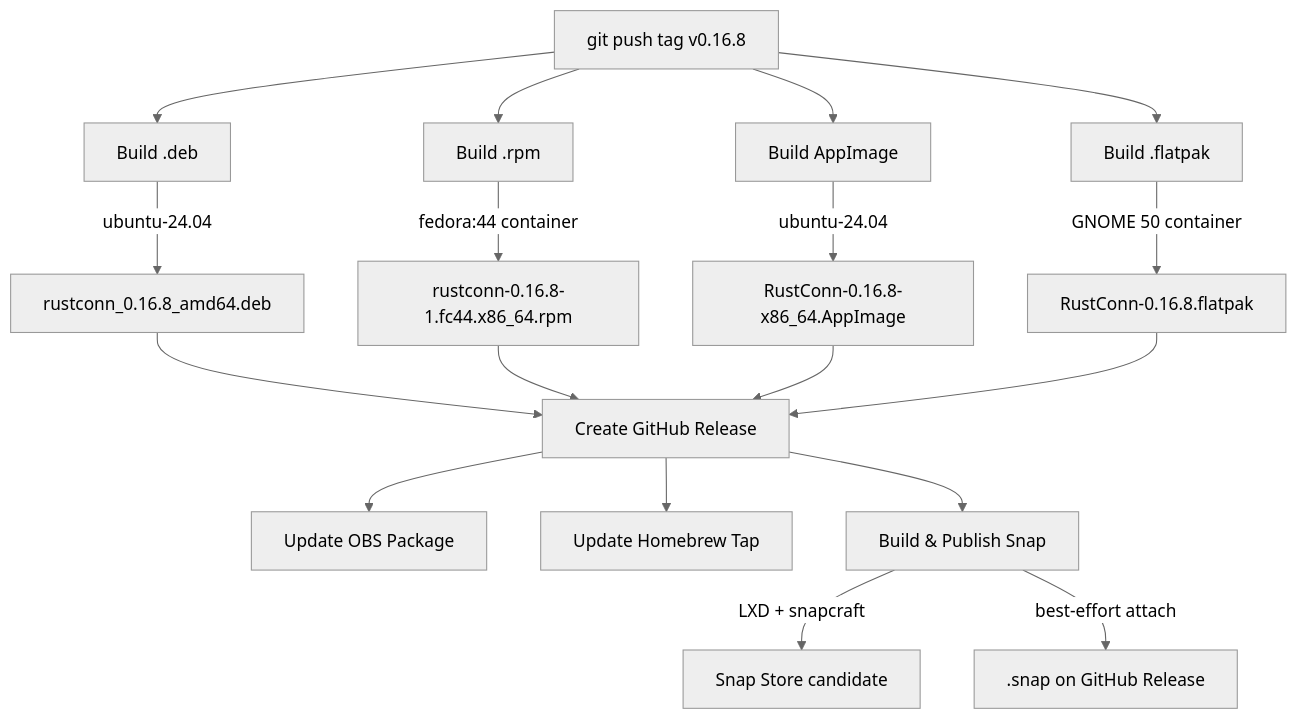
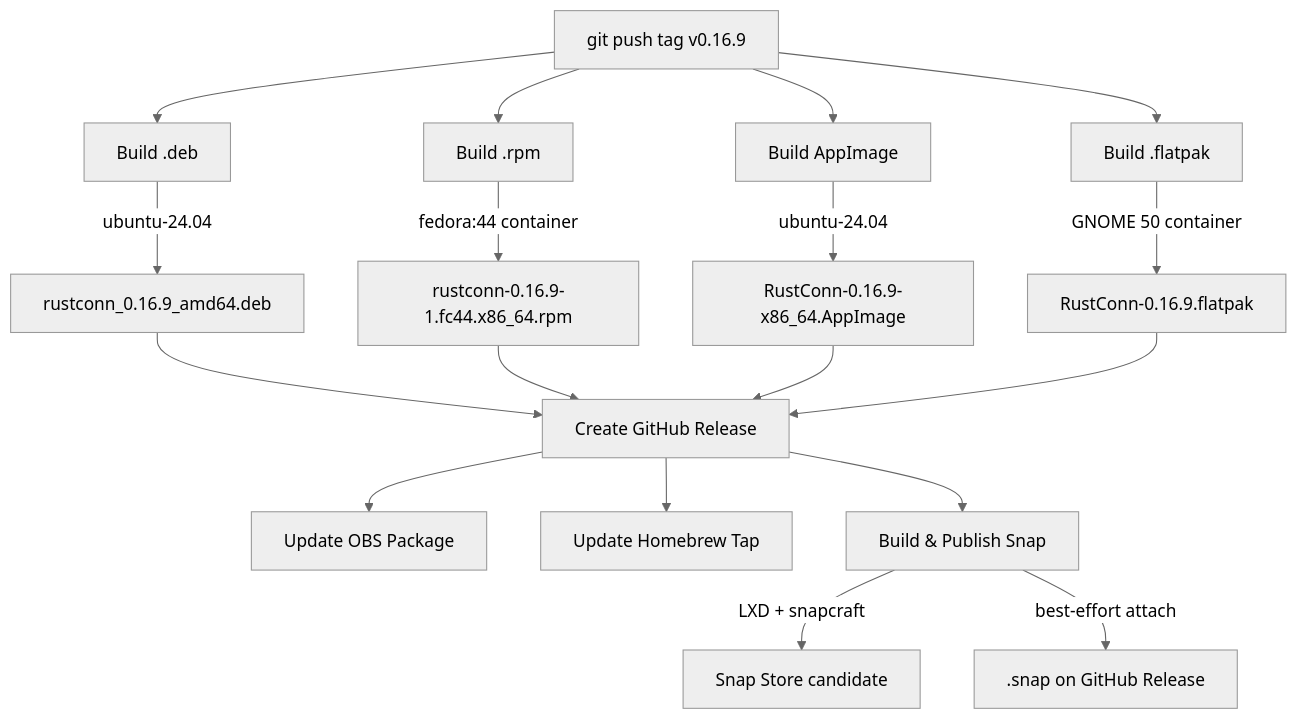
Before and after one commit to dwetscher/RustConn: the third of 6 diagrams in docs/CI_BUILD_FLOW.md, drawn with Mermaid (neutral theme). The commit also changed other lines of this file and 33 other files, not shown here.

````diff
--- a/docs/CI_BUILD_FLOW.md
+++ b/docs/CI_BUILD_FLOW.md
@@ -67,23 +67,23 @@
 ```mermaid
 graph TD
-    Tag[git push tag v0.16.8] --> BuildDeb[Build .deb]
+    Tag[git push tag v0.16.9] --> BuildDeb[Build .deb]
     Tag --> BuildRPM[Build .rpm]
     Tag --> BuildAppImage[Build AppImage]
     Tag --> BuildFlatpak[Build .flatpak]
 
-    BuildDeb --> |ubuntu-24.04| DebArtifact[rustconn_0.16.8_amd64.deb]
-    BuildRPM --> |fedora:44 container| RPMArtifact[rustconn-0.16.8-1.fc44.x86_64.rpm]
-    BuildAppImage --> |ubuntu-24.04| AppImageArtifact[RustConn-0.16.8-x86_64.AppImage]
-    BuildFlatpak --> |GNOME 50 container| FlatpakArtifact[RustConn-0.16.8.flatpak]
+    BuildDeb --> |ubuntu-24.04| DebArtifact[rustconn_0.16.9_amd64.deb]
+    BuildRPM --> |fedora:44 container| RPMArtifact[rustconn-0.16.9-1.fc44.x86_64.rpm]
+    BuildAppImage --> |ubuntu-24.04| AppImageArtifact[RustConn-0.16.9-x86_64.AppImage]
+    BuildFlatpak --> |GNOME 50 container| FlatpakArtifact[RustConn-0.16.9.flatpak]
 
     DebArtifact --> Release[Create GitHub Release]
     RPMArtifact --> Release
     AppImageArtifact --> Release
     FlatpakArtifact --> Release
 
     Release --> UpdateOBS[Update OBS Package]
     Release --> Brew[Update Homebrew Tap]
     Release --> BuildSnap[Build & Publish Snap]
     BuildSnap --> |LXD + snapcraft| SnapStore[Snap Store candidate]
     BuildSnap --> |best-effort attach| SnapAsset[.snap on GitHub Release]
 ```
````
